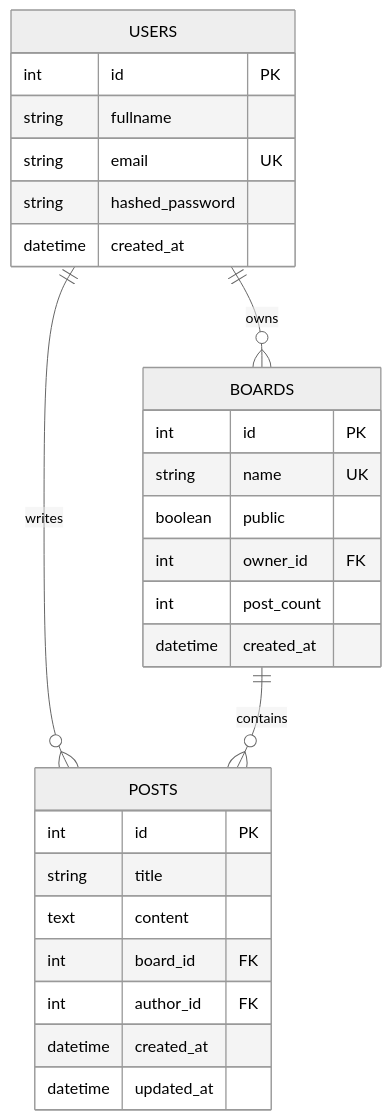
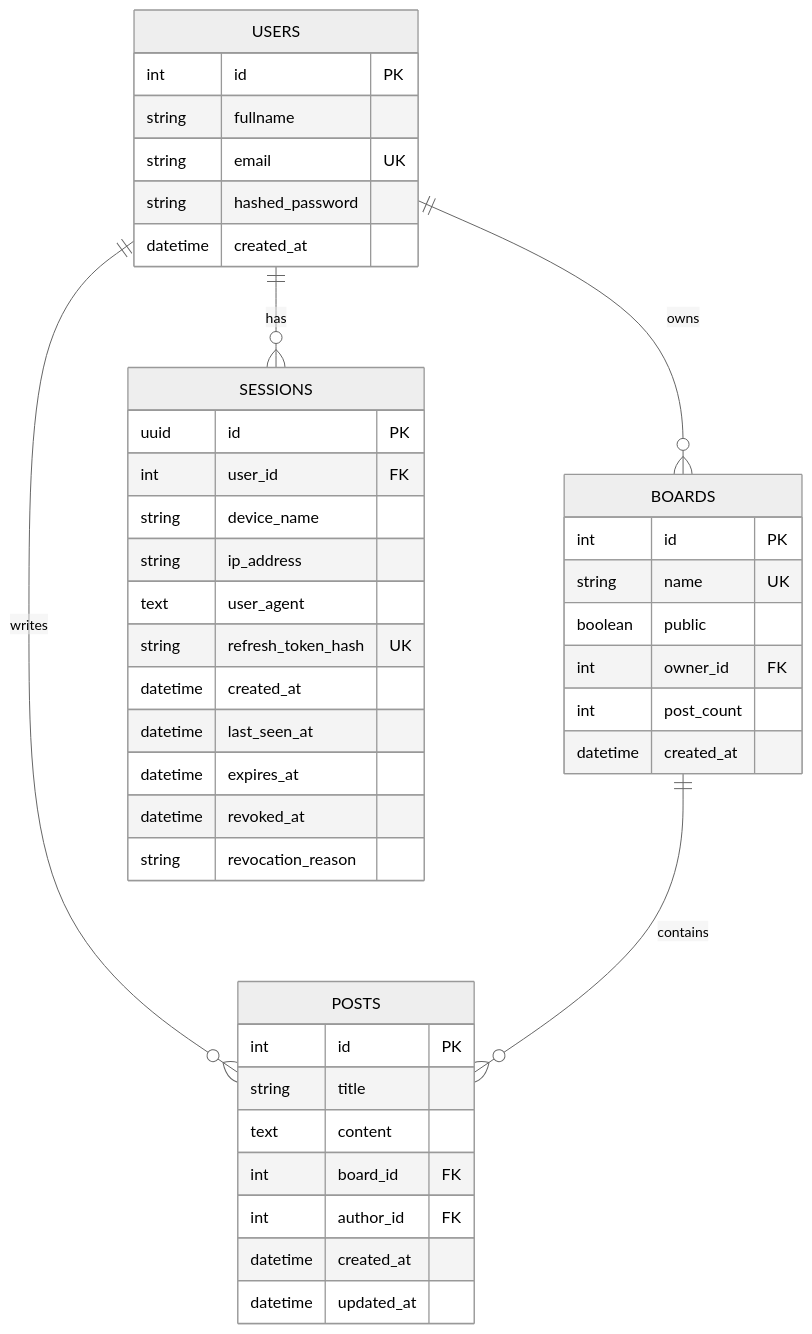
The diagram in docs/아키텍처/데이터베이스 설계.md (eehwan/community-api), drawn with Mermaid (neutral theme) before and after one commit. The commit also changed other lines of this file and 6 other files, not shown here.

````diff
--- a/docs/아키텍처/데이터베이스 설계.md
+++ b/docs/아키텍처/데이터베이스 설계.md
@@ -5,33 +5,48 @@
 ```mermaid
 erDiagram
     USERS ||--o{ BOARDS : owns
     USERS ||--o{ POSTS : writes
+    USERS ||--o{ SESSIONS : has
     BOARDS ||--o{ POSTS : contains
     
     USERS {
         int id PK
         string fullname
         string email UK
         string hashed_password
         datetime created_at
+    }
+    
+    SESSIONS {
+        uuid id PK
+        int user_id FK
+        string device_name
+        string ip_address
+        text user_agent
+        string refresh_token_hash UK
+        datetime created_at
+        datetime last_seen_at
+        datetime expires_at
+        datetime revoked_at
+        string revocation_reason
     }
     
     BOARDS {
         int id PK
         string name UK
         boolean public
         int owner_id FK
         int post_count
         datetime created_at
     }
     
     POSTS {
         int id PK
         string title
         text content
         int board_id FK
         int author_id FK
         datetime created_at
         datetime updated_at
     }
 ```
````
